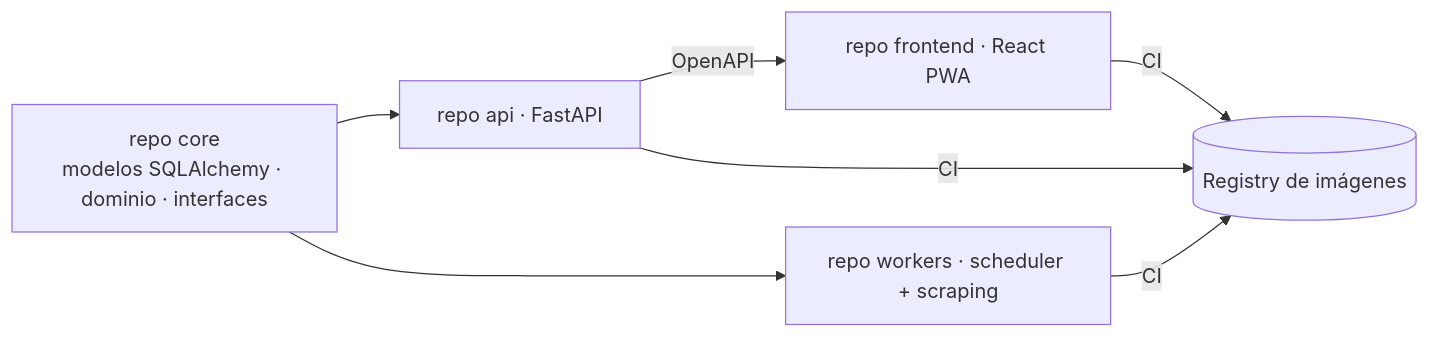
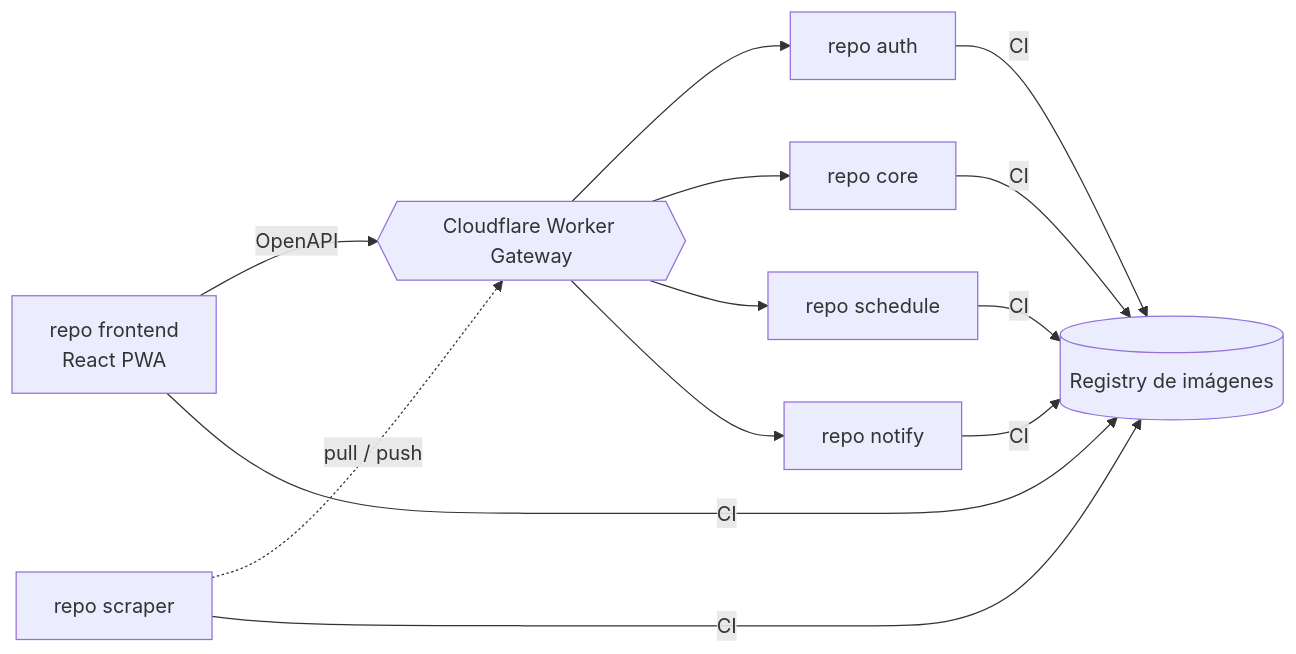
Before and after one commit to vida-I-found-it/architecture: the second of 2 diagrams in docs/04-stack-tecnologico.md, drawn with Mermaid. The commit also changed other lines of this file and 16 other files, not shown here.

````diff
--- a/docs/04-stack-tecnologico.md
+++ b/docs/04-stack-tecnologico.md
@@ -89,7 +89,10 @@
 ```mermaid
 graph LR
-    CORE[repo core<br/>modelos SQLAlchemy · dominio · interfaces] --> API[repo api · FastAPI]
-    CORE --> WK[repo workers · scheduler + scraping]
-    API -->|OpenAPI| FE[repo frontend · React PWA]
-    API & WK & FE -->|CI| REG[(Registry de imágenes)]
+    FE[repo frontend<br/>React PWA] -->|OpenAPI| GW{{Cloudflare Worker Gateway}}
+    GW --> AUTH[repo auth]
+    GW --> CORE[repo core]
+    GW --> SCHED[repo schedule]
+    GW --> NOTIFY[repo notify]
+    SCR[repo scraper] -.pull / push.-> GW
+    AUTH & CORE & SCHED & NOTIFY & SCR & FE -->|CI| REG[(Registry de imágenes)]
 ```
````
